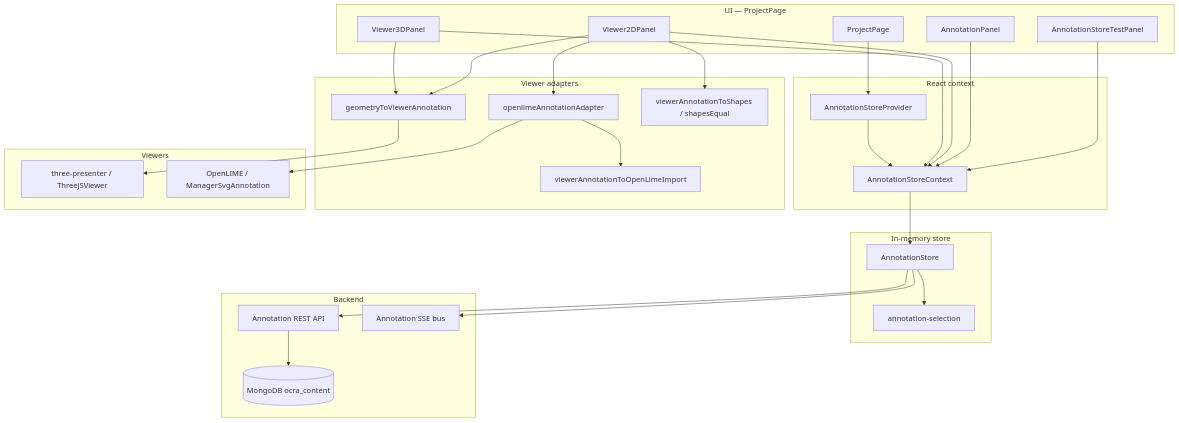
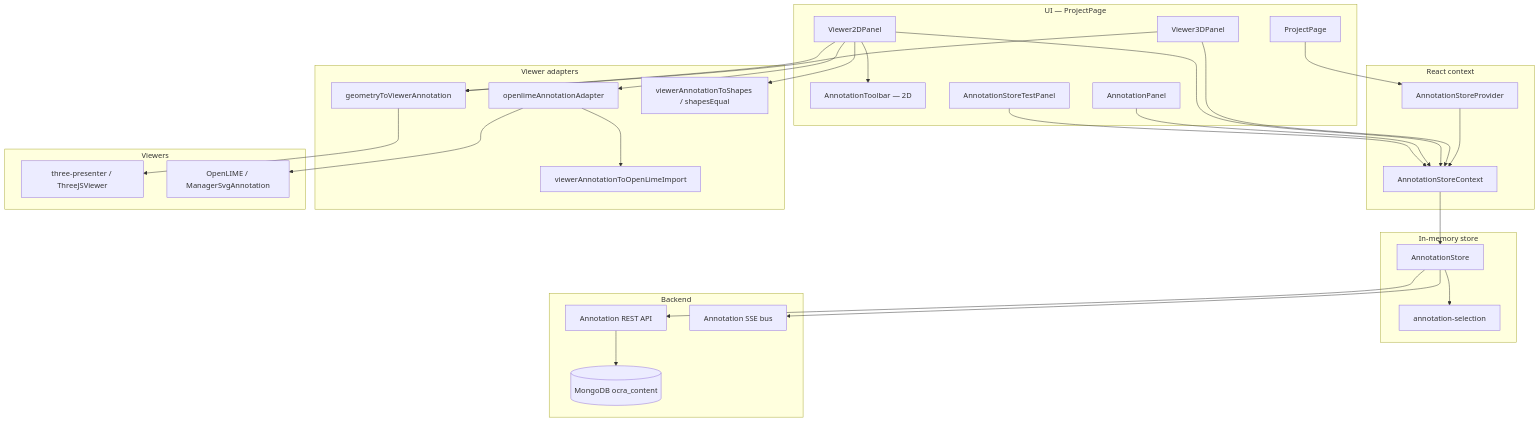
The diagram in doc/annotation-current-status.md (cnr-isti-vclab/OCRA), drawn with Mermaid before and after one commit. The commit also changed other lines of this file, not shown here.

Commit message:
update annotation-current-status

````diff
--- a/doc/annotation-current-status.md
+++ b/doc/annotation-current-status.md
@@ -27,54 +27,56 @@
 ```mermaid
 flowchart TB
   subgraph ui [UI — ProjectPage]
     PP[ProjectPage]
     V3[Viewer3DPanel]
     V2[Viewer2DPanel]
+    TB[AnnotationToolbar — 2D]
     AP[AnnotationPanel]
     LAB[AnnotationStoreTestPanel]
   end
 
   subgraph ctx [React context]
     ASP[AnnotationStoreProvider]
     ASC[AnnotationStoreContext]
   end
 
   subgraph store [In-memory store]
     AS[AnnotationStore]
     SEL[annotation-selection]
   end
 
   subgraph adapters [Viewer adapters]
     G2V[geometryToViewerAnnotation]
     OLA[openlimeAnnotationAdapter]
     V2S[viewerAnnotationToShapes / shapesEqual]
     IMP[viewerAnnotationToOpenLimeImport]
   end
 
   subgraph viewers [Viewers]
     TP[three-presenter / ThreeJSViewer]
     OL[OpenLIME / ManagerSvgAnnotation]
   end
 
   subgraph remote [Backend]
     API[Annotation REST API]
     SSE[Annotation SSE bus]
     MONGO[(MongoDB ocra_content)]
   end
 
   PP --> ASP
   ASP --> ASC
   ASC --> AS
   AS --> SEL
   V3 --> ASC
   V2 --> ASC
+  V2 --> TB
   AP --> ASC
   LAB --> ASC
   V3 --> G2V --> TP
   V2 --> G2V
   V2 --> OLA --> OL
   V2 --> V2S
   OLA --> IMP
   AS --> API --> MONGO
   AS --> SSE
 ```
````
